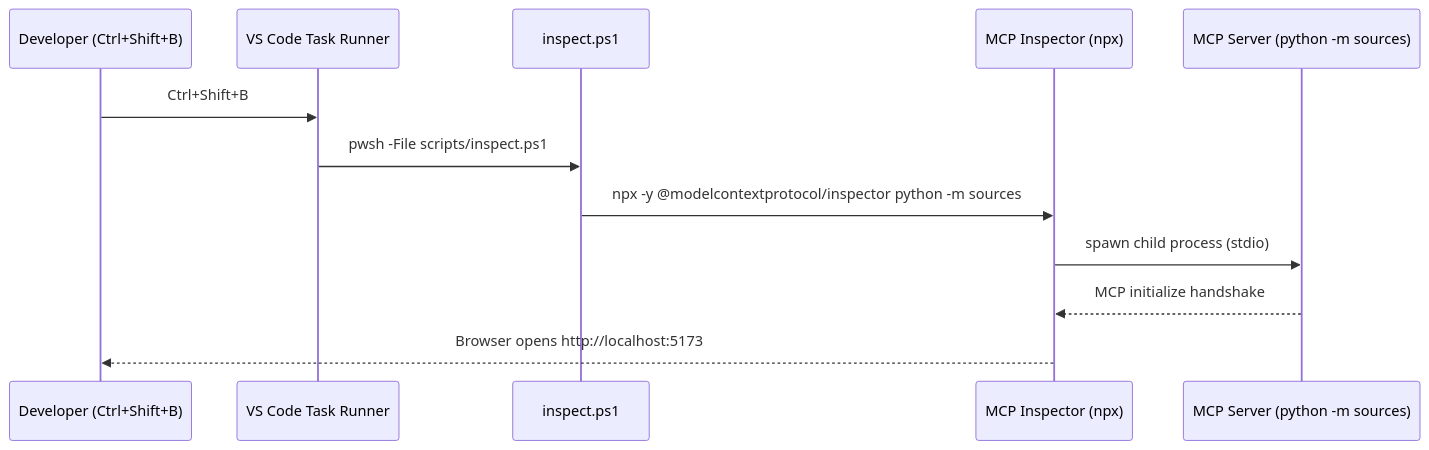
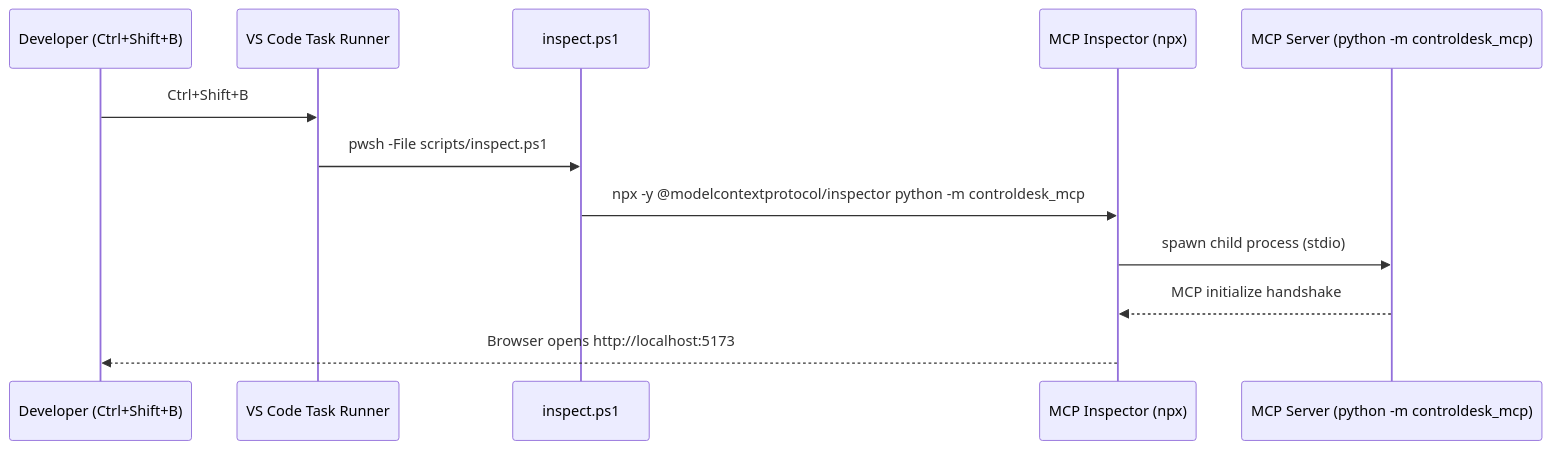
One commit to dspace-group/ControlDeskMCP changed the fourth of 4 diagrams in docs/mcp-inspector.md. Above: the diagram before and after it, drawn with Mermaid. The commit also changed other lines of this file and 317 other files, not shown here.

````diff
--- a/docs/mcp-inspector.md
+++ b/docs/mcp-inspector.md
@@ -276,15 +276,15 @@
 ```mermaid
 sequenceDiagram
     participant Dev as Developer (Ctrl+Shift+B)
     participant VS as VS Code Task Runner
     participant PS as inspect.ps1
     participant NPX as MCP Inspector (npx)
-    participant Srv as MCP Server (python -m sources)
+    participant Srv as MCP Server (python -m controldesk_mcp)
 
     Dev->>VS: Ctrl+Shift+B
     VS->>PS: pwsh -File scripts/inspect.ps1
-    PS->>NPX: npx -y @modelcontextprotocol/inspector python -m sources
+    PS->>NPX: npx -y @modelcontextprotocol/inspector python -m controldesk_mcp
     NPX->>Srv: spawn child process (stdio)
     Srv-->>NPX: MCP initialize handshake
     NPX-->>Dev: Browser opens http://localhost:5173
 ```
````
